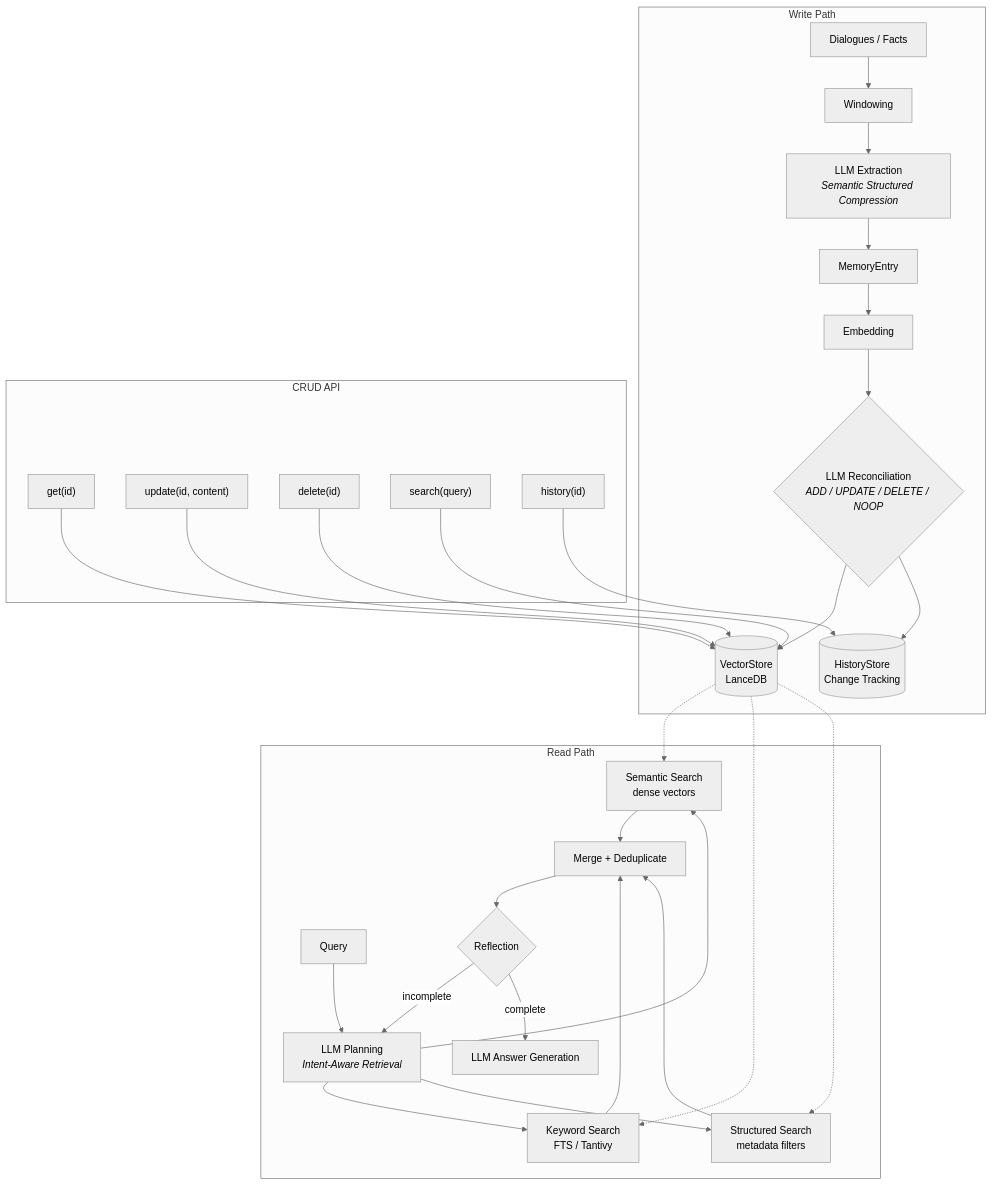
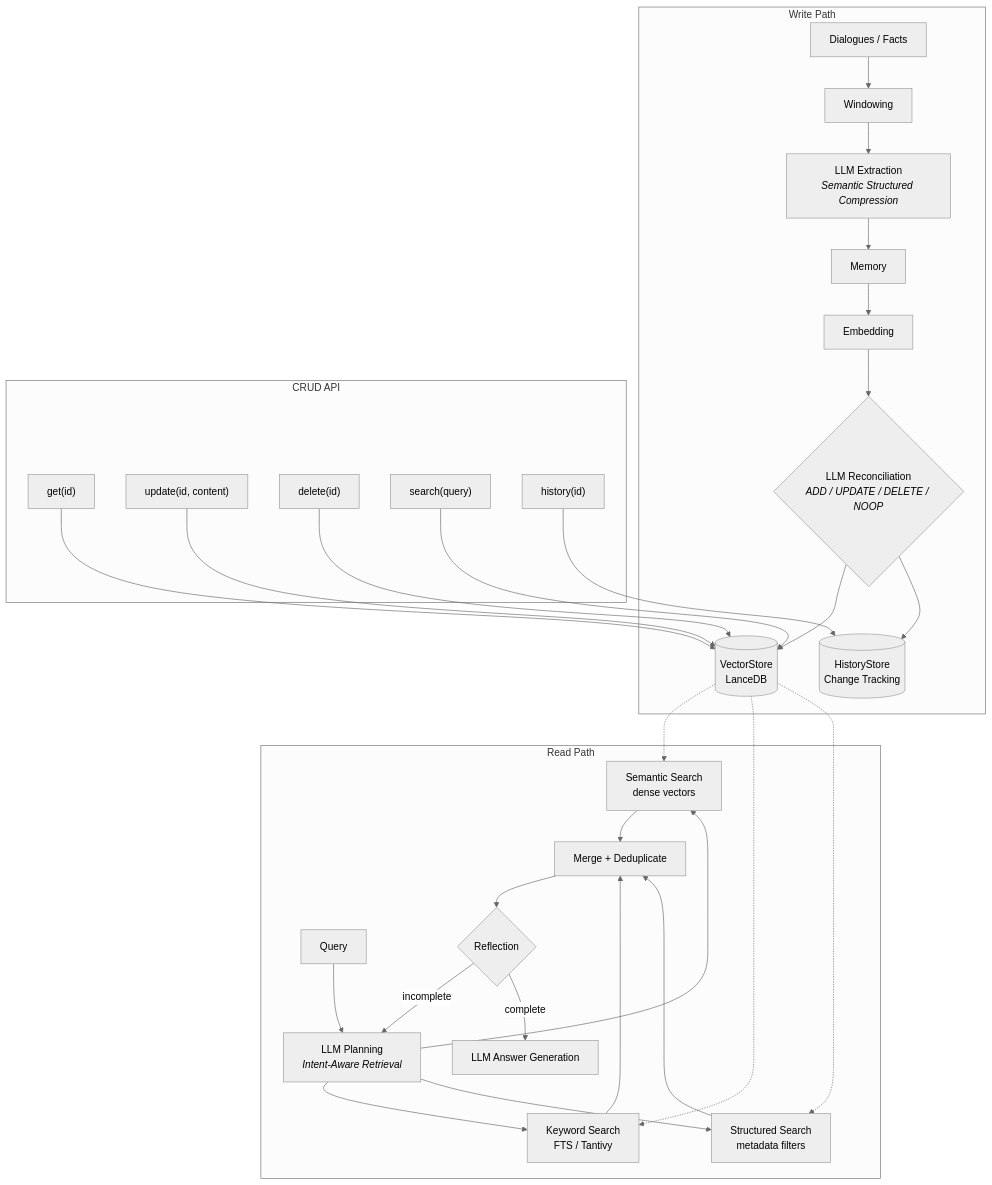
One commit to dfytg/meme changed the diagram in README.md. Above: the diagram before and after it, drawn with Mermaid (neutral theme). The commit also changed other lines of this file and 3 other files, not shown here.

````diff
--- a/README.md
+++ b/README.md
@@ -201,33 +203,33 @@
 ```mermaid
 flowchart TB
     subgraph Write["Write Path"]
         D["Dialogues / Facts"] --> W[Windowing]
         W --> LLM1["LLM Extraction<br/><i>Semantic Structured Compression</i>"]
-        LLM1 --> E[MemoryEntry]
+        LLM1 --> E[Memory]
         E --> EMB1[Embedding]
         EMB1 --> RC{"LLM Reconciliation<br/><i>ADD / UPDATE / DELETE / NOOP</i>"}
         RC --> VS[(VectorStore<br/>LanceDB)]
         RC --> HS[(HistoryStore<br/>Change Tracking)]
     end
 
     subgraph CRUD["CRUD API"]
         GA["get(id)"] --> VS
         UA["update(id, content)"] --> VS
         DA["delete(id)"] --> VS
         SA["search(query)"] --> VS
         HA["history(id)"] --> HS
     end
 
     subgraph Read["Read Path"]
         Q[Query] --> P["LLM Planning<br/><i>Intent-Aware Retrieval</i>"]
         P --> S1[Semantic Search<br/>dense vectors]
         P --> S2[Keyword Search<br/>FTS / Tantivy]
         P --> S3[Structured Search<br/>metadata filters]
         S1 & S2 & S3 --> M[Merge + Deduplicate]
         M --> R{Reflection}
         R -->|incomplete| P
         R -->|complete| G["LLM Answer Generation"]
     end
 
     VS -.-> S1 & S2 & S3
 ```
````
